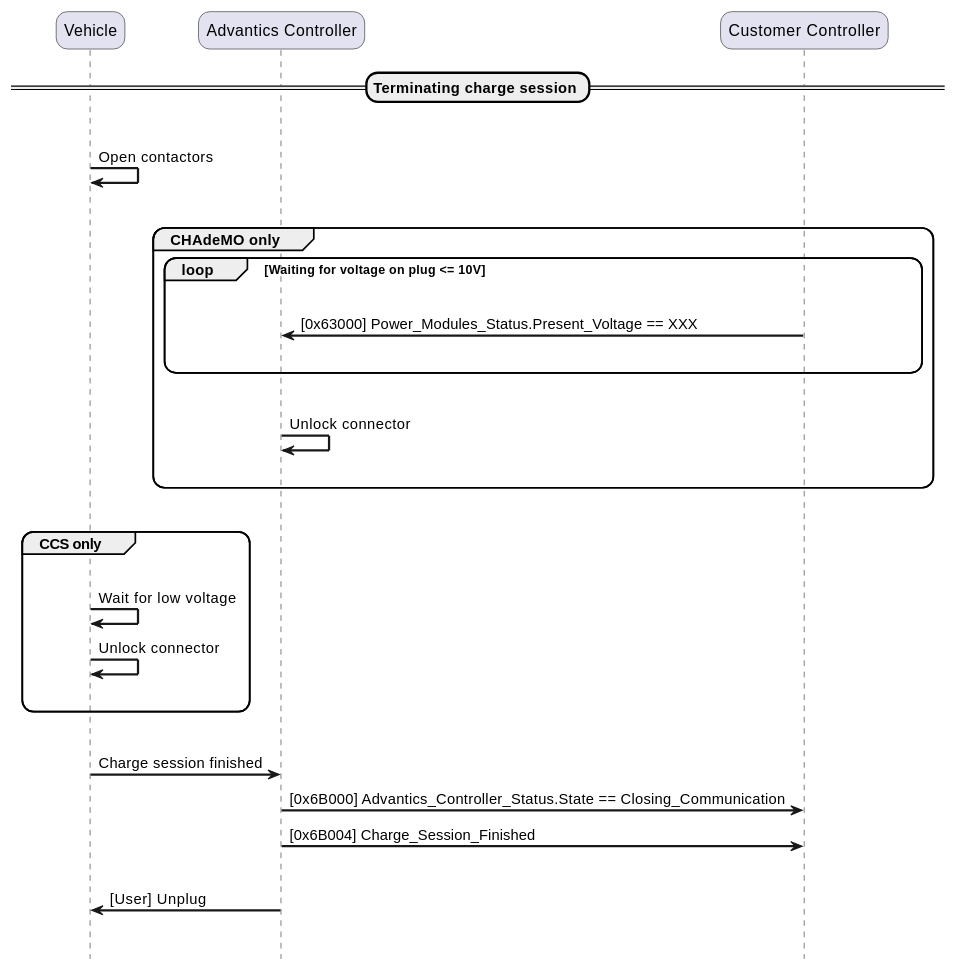
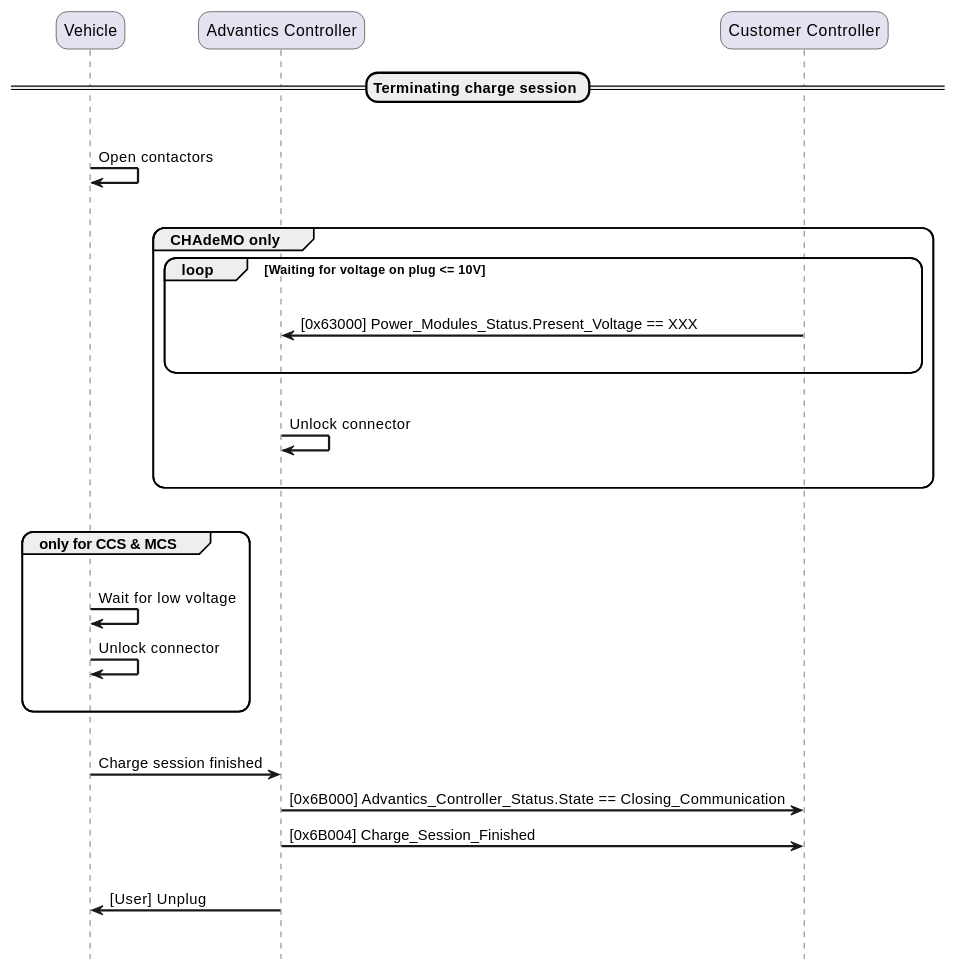
One commit to ADVANTICS/documentation changed the tenth of 10 diagrams in charge-controllers/secc_generic/sequences_v3.md. Above: the diagram before and after it, drawn with PlantUML. The commit also changed other lines of this file, not shown here.

Commit message:
update sequences and text for generic v3

````diff
--- a/charge-controllers/secc_generic/sequences_v3.md
+++ b/charge-controllers/secc_generic/sequences_v3.md
@@ -691,44 +694,44 @@
 ```plantuml
 hide footbox
 skinparam ParticipantPadding 20
 skinparam sequenceArrowThickness 2
 skinparam roundcorner 20
 
 participant "Vehicle" as PEV
 participant "Advantics Controller" as EVSE
 participant "Customer Controller" as Charger
 
 == Terminating charge session ==
 
 |||
 PEV -> PEV: Open contactors
 
 |||
 group CHAdeMO only
   loop Waiting for voltage on plug <= 10V
     |||
     Charger -> EVSE: [0x63000] Power_Modules_Status.Present_Voltage == XXX
     |||
   end loop
   |||
   EVSE -> EVSE: Unlock connector
   |||
 end group
 |||
-group CCS only
+group only for CCS & MCS
   |||
   PEV -> PEV: Wait for low voltage
   PEV -> PEV: Unlock connector
   |||
 end group
 |||
 
 PEV -> EVSE: Charge session finished
 EVSE -> Charger: [0x6B000] Advantics_Controller_Status.State == Closing_Communication
 EVSE -> Charger: [0x6B004] Charge_Session_Finished
 
 |||
 
 EVSE -> PEV: [User] Unplug
 |||
 ```
````
